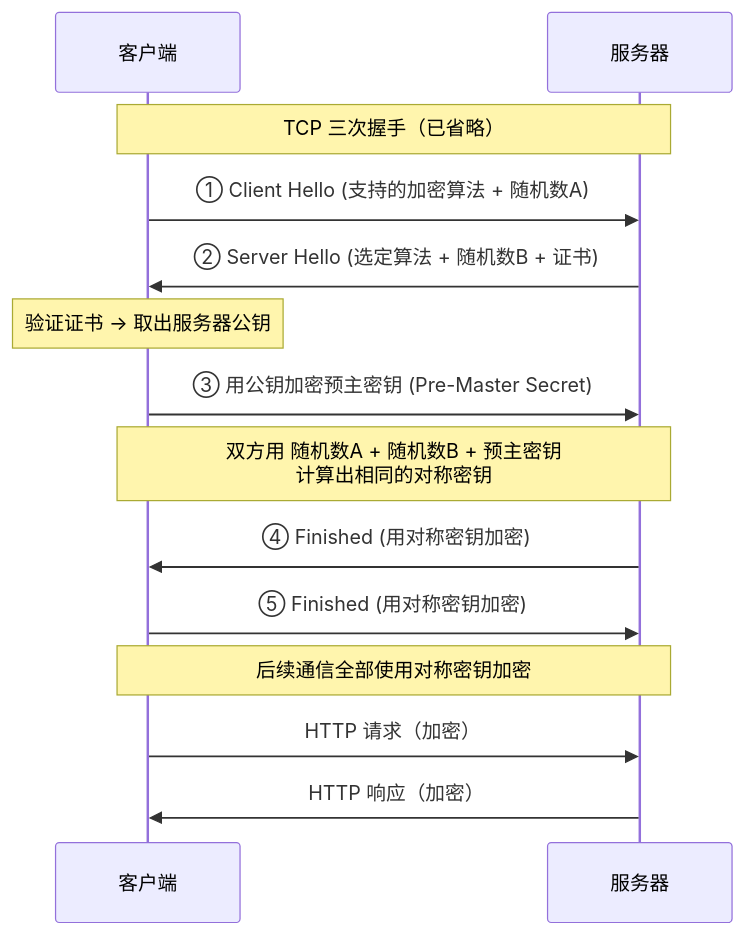
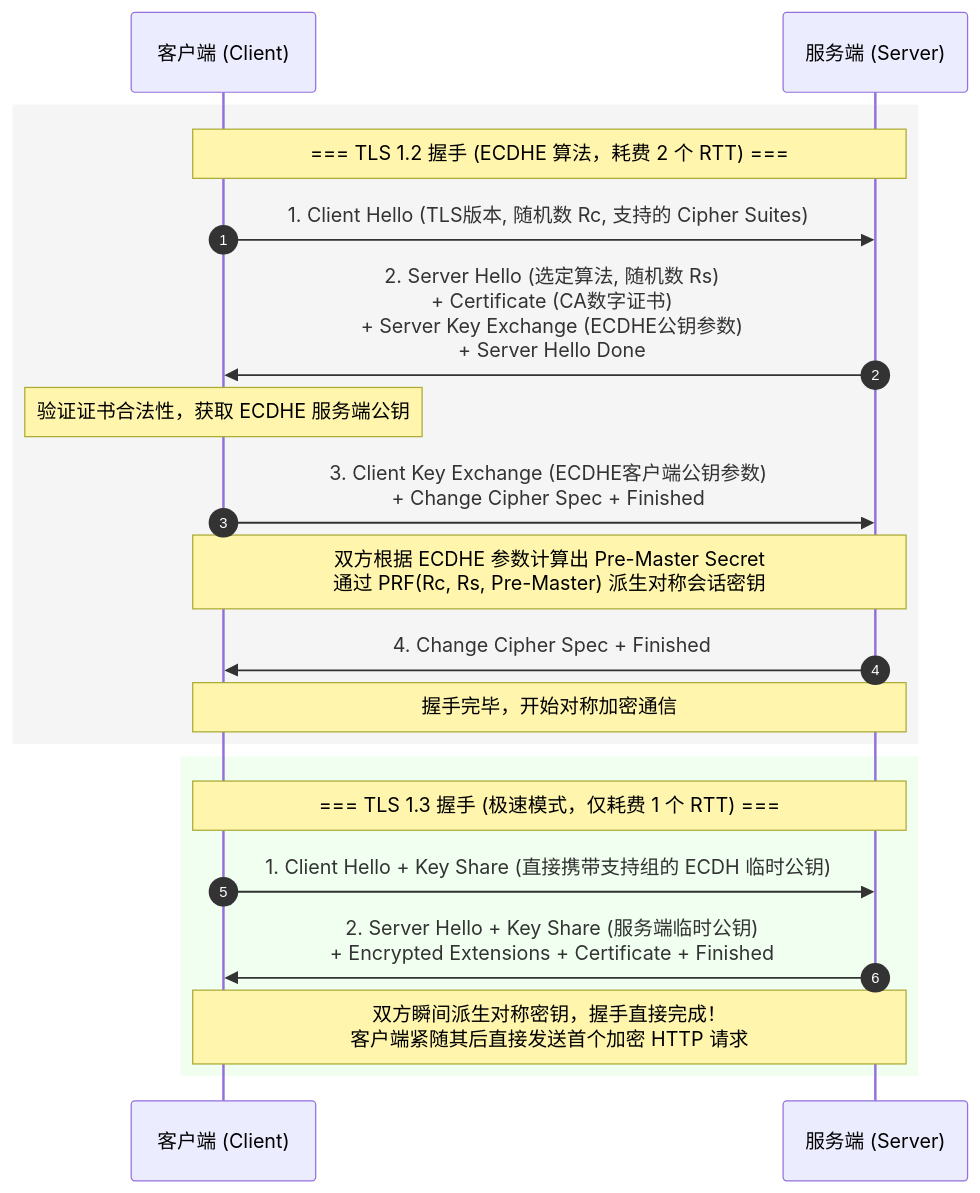
The second of 3 diagrams in src/content/posts/network/04_http.md (Lumivers/firefly), drawn with Mermaid before and after one commit. The commit also changed other lines of this file and 18 other files, not shown here.

````diff
--- a/src/content/posts/network/04_http.md
+++ b/src/content/posts/network/04_http.md
@@ -59,19 +115,24 @@
 ```mermaid
 sequenceDiagram
-    participant C as 客户端
-    participant S as 服务器
+    autonumber
+    participant C as 客户端 (Client)
+    participant S as 服务端 (Server)
 
-    Note over C,S: TCP 三次握手（已省略）
+    rect rgb(245, 245, 245)
+        Note over C,S: === TLS 1.2 握手 (ECDHE 算法，耗费 2 个 RTT) ===
+        C->>S: 1. Client Hello (TLS版本, 随机数 Rc, 支持的 Cipher Suites)
+        S->>C: 2. Server Hello (选定算法, 随机数 Rs)<br>+ Certificate (CA数字证书)<br>+ Server Key Exchange (ECDHE公钥参数)<br>+ Server Hello Done
+        Note over C: 验证证书合法性，获取 ECDHE 服务端公钥
+        C->>S: 3. Client Key Exchange (ECDHE客户端公钥参数)<br>+ Change Cipher Spec + Finished
+        Note over C,S: 双方根据 ECDHE 参数计算出 Pre-Master Secret<br>通过 PRF(Rc, Rs, Pre-Master) 派生对称会话密钥
+        S->>C: 4. Change Cipher Spec + Finished
+        Note over C,S: 握手完毕，开始对称加密通信
+    end
 
-    C->>S: ① Client Hello (支持的加密算法 + 随机数A)
-    S->>C: ② Server Hello (选定算法 + 随机数B + 证书)
-    Note over C: 验证证书 → 取出服务器公钥
-    C->>S: ③ 用公钥加密预主密钥 (Pre-Master Secret)
-    Note over C,S: 双方用 随机数A + 随机数B + 预主密钥<br>计算出相同的对称密钥
-    S->>C: ④ Finished (用对称密钥加密)
-    C->>S: ⑤ Finished (用对称密钥加密)
-
-    Note over C,S: 后续通信全部使用对称密钥加密
-    C->>S: HTTP 请求（加密）
-    S->>C: HTTP 响应（加密）
+    rect rgb(240, 255, 240)
+        Note over C,S: === TLS 1.3 握手 (极速模式，仅耗费 1 个 RTT) ===
+        C->>S: 1. Client Hello + Key Share (直接携带支持组的 ECDH 临时公钥)
+        S->>C: 2. Server Hello + Key Share (服务端临时公钥)<br>+ Encrypted Extensions + Certificate + Finished
+        Note over C,S: 双方瞬间派生对称密钥，握手直接完成！<br>客户端紧随其后直接发送首个加密 HTTP 请求
+    end
 ```
````
